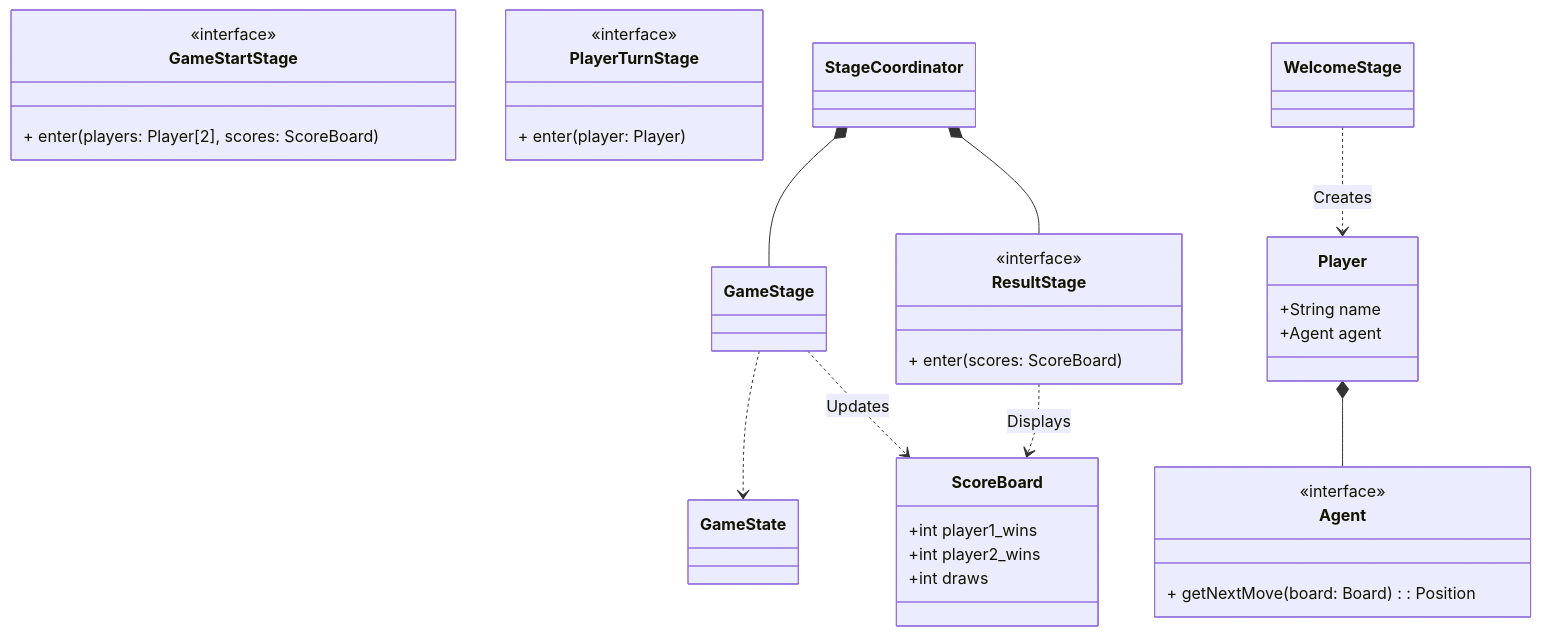
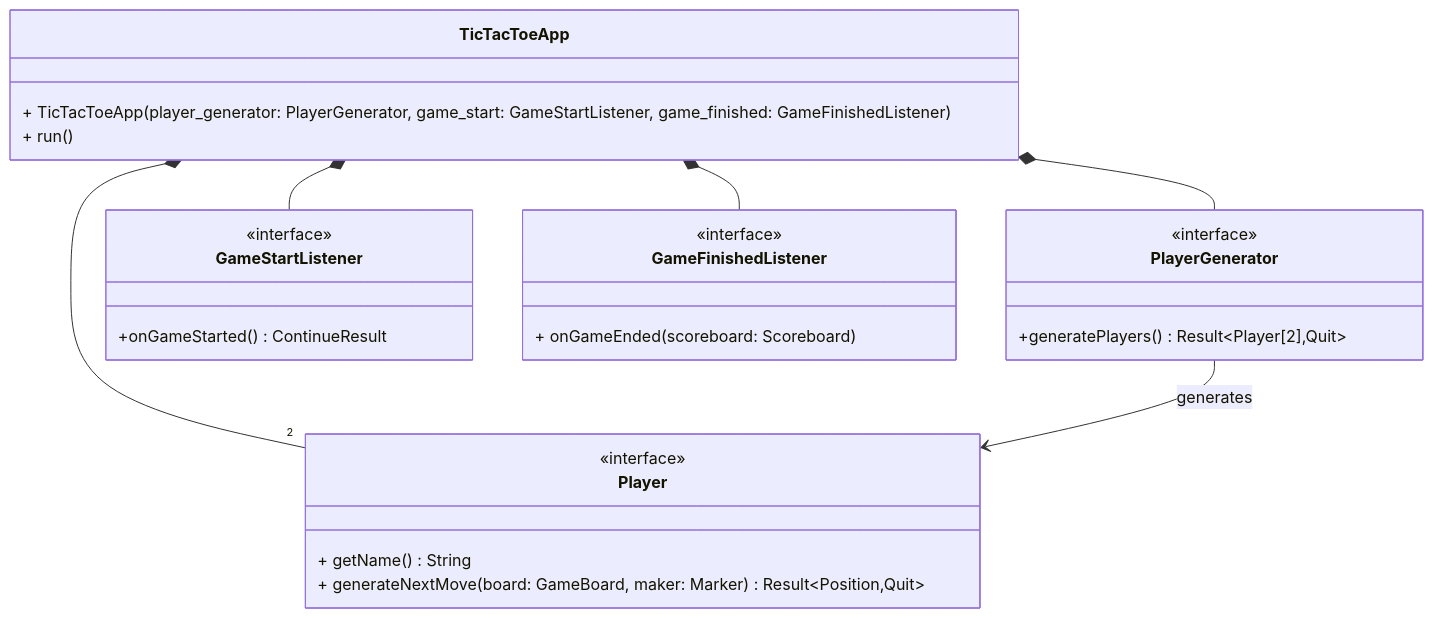
One commit to jashar86/tic-tac-toe changed the fourth of 4 diagrams in docs/REFERENCE_ARCHITECTURE.md. Above: the diagram before and after it, drawn with Mermaid. The commit also changed other lines of this file, not shown here.

````diff
--- a/docs/REFERENCE_ARCHITECTURE.md
+++ b/docs/REFERENCE_ARCHITECTURE.md
@@ -210,49 +156,36 @@
 ```mermaid
 classDiagram
 
-    class Player {
-        +String name
-        +Agent agent
+    class TicTacToeApp {
+        + TicTacToeApp(player_generator: PlayerGenerator, game_start: GameStartListener, game_finished: GameFinishedListener)
+        + run()
     }
 
-    class ScoreBoard {
-        +int player1_wins
-        +int player2_wins
-        +int draws
+    class PlayerGenerator {
+        <<interface>>
+        +generatePlayers() Result~Player[2],Quit~
     }
 
-    class Agent {
+    class Player {
         <<interface>>
-        + getNextMove(board: Board) : Position
+        + getName() String
+        + generateNextMove(board: GameBoard, maker: Marker) Result~Position,Quit~
     }
 
-    
-
-    class GameStartStage {
+    class GameStartListener {
         <<interface>>
-        + enter(players: Player[2], scores: ScoreBoard)
+        +onGameStarted() ContinueResult
     }
 
-    class PlayerTurnStage {
+    class GameFinishedListener {
         <<interface>>
-        + enter(player: Player)
+        + onGameEnded(scoreboard: Scoreboard)
     }
 
-    class ResultStage {
-        <<interface>>
-        + enter(scores: ScoreBoard)
-    }
+    TicTacToeApp *-- PlayerGenerator
+    TicTacToeApp *-- "2" Player
+    TicTacToeApp *-- GameStartListener
+    TicTacToeApp *-- GameFinishedListener
 
-    
-
-    StageCoordinator *-- GameStage
-    StageCoordinator *-- ResultStage
-
-    WelcomeStage ..> Player : Creates
-    GameStage ..> GameState
-    GameStage ..> ScoreBoard : Updates
-    ResultStage ..> ScoreBoard : Displays
-
-    Player *-- Agent
-
+    PlayerGenerator --> Player : generates
 ```
````
